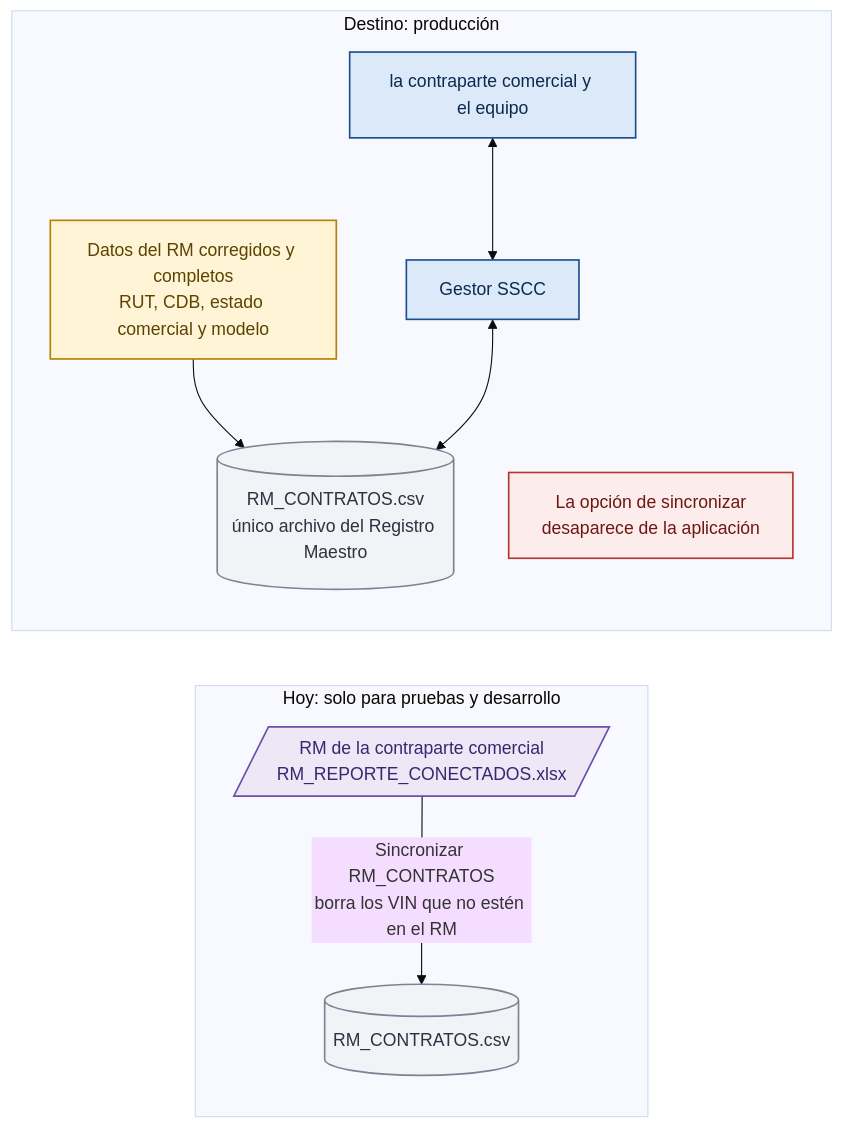
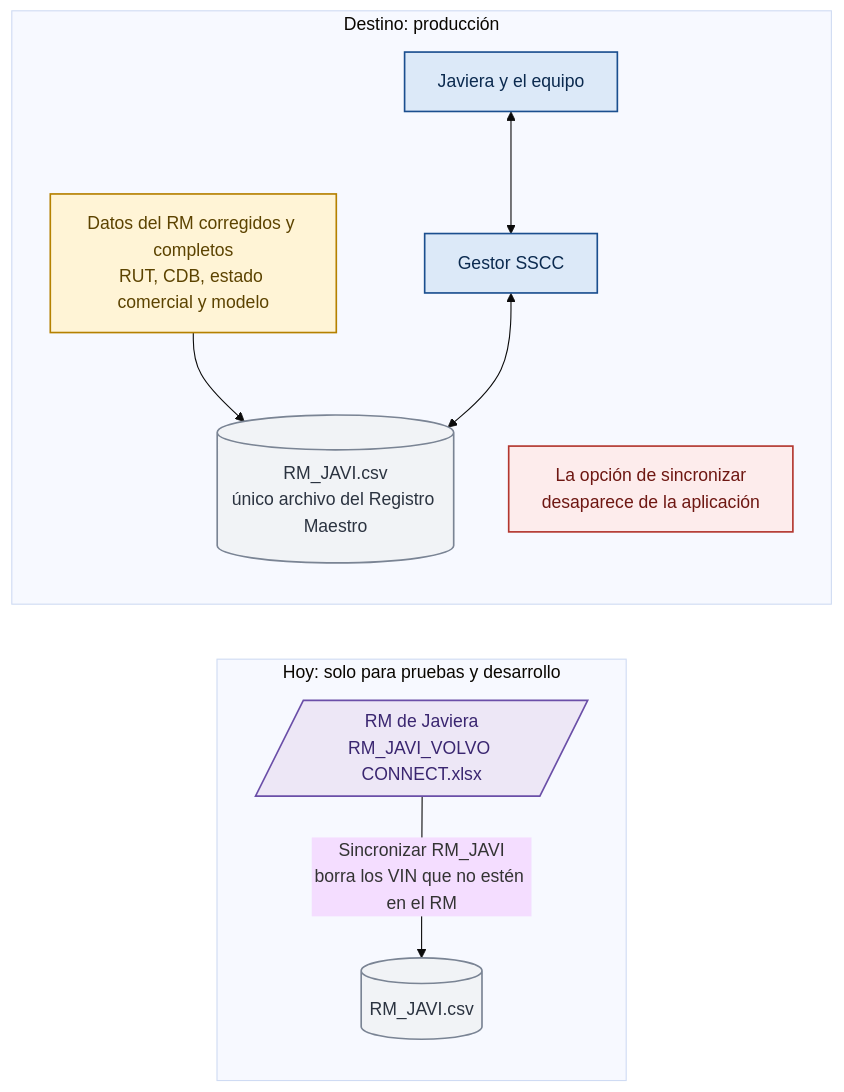
Diagram 19 of 31 in Fase 2/Evidencias Proyecto/Evidencias de documentación/docs/08. Arquitectura Visual y Diagramas.md (felipeMon20/PTY4614-302-EQUIPO-2), drawn with Mermaid (base theme) before and after one commit. The commit also changed other lines of this file and 229 other files, not shown here.

````diff
--- a/Fase 2/Evidencias Proyecto/Evidencias de documentación/docs/08. Arquitectura Visual y Diagramas.md
+++ b/Fase 2/Evidencias Proyecto/Evidencias de documentación/docs/08. Arquitectura Visual y Diagramas.md
@@ -648,22 +648,22 @@
 ```mermaid
 flowchart LR
     subgraph HOY["Hoy: solo para pruebas y desarrollo"]
         direction TB
-        RMX[/"RM de la contraparte comercial<br/>RM_REPORTE_CONECTADOS.xlsx"/]:::externo -->|"Sincronizar RM_CONTRATOS<br/>borra los VIN que no estén en el RM"| RMC[("RM_CONTRATOS.csv")]:::archivo
+        RMX[/"RM de Javiera<br/>RM_JAVI_VOLVO CONNECT.xlsx"/]:::externo -->|"Sincronizar RM_JAVI<br/>borra los VIN que no estén en el RM"| RMC[("RM_JAVI.csv")]:::archivo
     end
     subgraph FUT["Destino: producción"]
         direction TB
-        DAT["Datos del RM corregidos y completos<br/>RUT, CDB, estado comercial y modelo"]:::aviso --> RM2[("RM_CONTRATOS.csv<br/>único archivo del Registro Maestro")]:::archivo
+        DAT["Datos del RM corregidos y completos<br/>RUT, CDB, estado comercial y modelo"]:::aviso --> RM2[("RM_JAVI.csv<br/>único archivo del Registro Maestro")]:::archivo
         APP["Gestor SSCC"]:::pantalla <--> RM2
-        EQ["la contraparte comercial y el equipo"]:::pantalla <--> APP
+        EQ["Javiera y el equipo"]:::pantalla <--> APP
         OFF["La opción de sincronizar<br/>desaparece de la aplicación"]:::alerta
     end
     classDef pantalla fill:#DCE9F8,stroke:#1B4F8F,color:#0B2A4F,stroke-width:1.5px
     classDef grupo fill:#1B4F8F,stroke:#0B2A4F,color:#FFFFFF,stroke-width:1.5px
     classDef accion fill:#E3F4E8,stroke:#2E7D4F,color:#14452A,stroke-width:1.5px
     classDef archivo fill:#F1F3F6,stroke:#7A8494,color:#2B3340,stroke-width:1.5px
     classDef externo fill:#EDE7F6,stroke:#6B4FA8,color:#3A2670,stroke-width:1.5px
     classDef alerta fill:#FDECEC,stroke:#B3372F,color:#6E1712,stroke-width:1.5px
     classDef aviso fill:#FFF4D6,stroke:#B58100,color:#5C4300,stroke-width:1.5px
     classDef neutro fill:#FFFFFF,stroke:#8A94A6,color:#2B3340,stroke-width:1.5px
 ```
````
